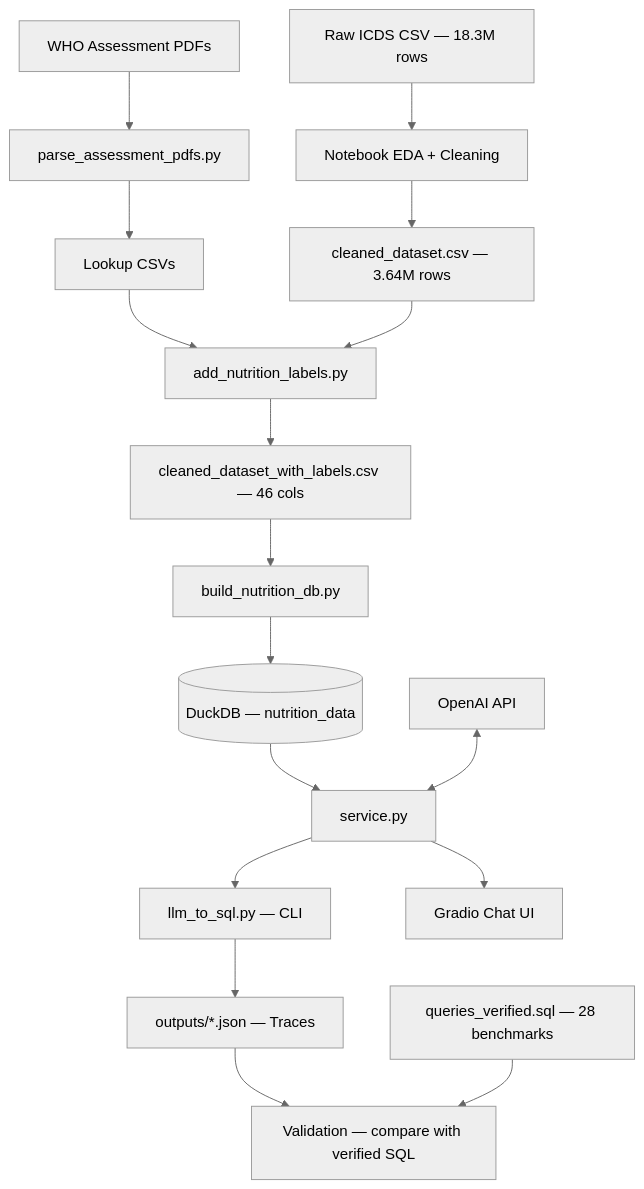
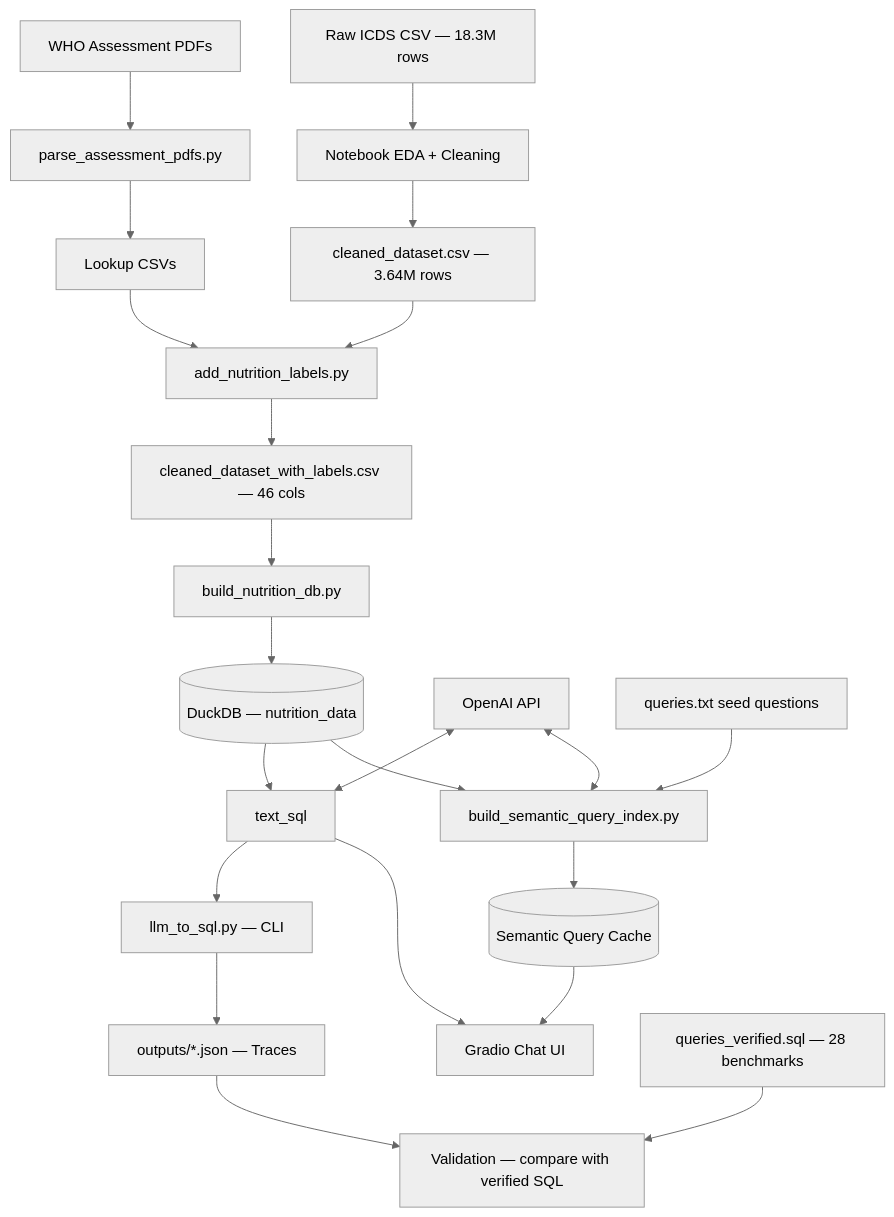
The first of 2 diagrams in docs/ProjectStatus.md (Hrsh-12/talk2data), drawn with Mermaid (neutral theme) before and after one commit. The commit also changed other lines of this file and 45 other files, not shown here.

````diff
--- a/docs/ProjectStatus.md
+++ b/docs/ProjectStatus.md
@@ -24,24 +24,30 @@
 ```mermaid
 flowchart TD
     A[WHO Assessment PDFs] --> B[parse_assessment_pdfs.py]
     B --> C[Lookup CSVs]
 
     D[Raw ICDS CSV — 18.3M rows] --> E[Notebook EDA + Cleaning]
     E --> F[cleaned_dataset.csv — 3.64M rows]
 
     C --> G[add_nutrition_labels.py]
     F --> G
     G --> H[cleaned_dataset_with_labels.csv — 46 cols]
 
     H --> I[build_nutrition_db.py]
     I --> J[(DuckDB — nutrition_data)]
 
-    J --> K[service.py]
+    J --> K[text_sql]
     L[OpenAI API] <--> K
     K --> M[llm_to_sql.py — CLI]
     K --> N[Gradio Chat UI]
     M --> O[outputs/*.json — Traces]
 
+    T["queries.txt seed questions"] --> R[build_semantic_query_index.py]
+    J --> R
+    L <--> R
+    R --> S[(Semantic Query Cache)]
+    S --> N
+
     O --> P[Validation — compare with verified SQL]
     Q[queries_verified.sql — 28 benchmarks] --> P
 ```
````
